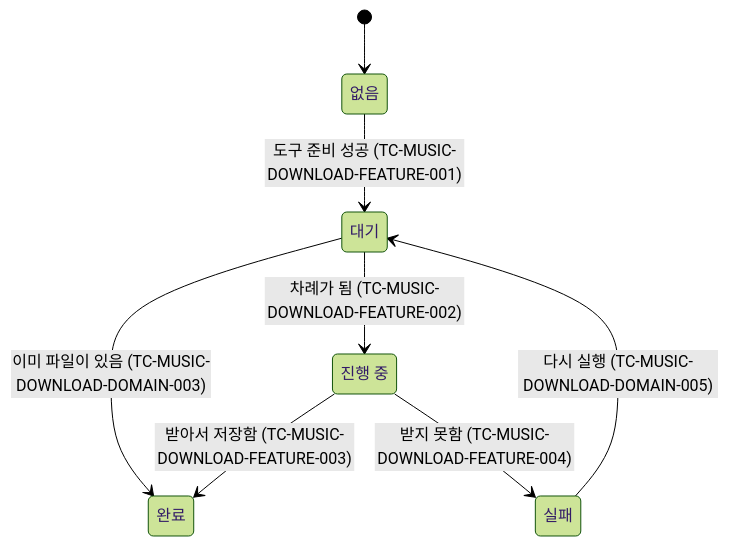
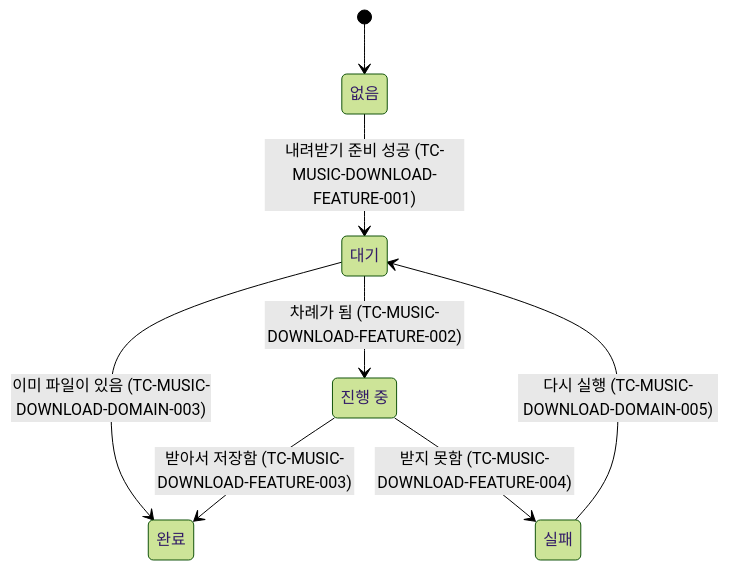
The diagram in docs/testcase/music-download.md (taetae98coding/DiaryKMP), drawn with Mermaid (forest theme) before and after one commit. The commit also changed other lines of this file and 15 other files, not shown here.

````diff
--- a/docs/testcase/music-download.md
+++ b/docs/testcase/music-download.md
@@ -11,16 +11,16 @@
 ```mermaid
 stateDiagram-v2
     None: 없음
     Pending: 대기
     Running: 진행 중
     Done: 완료
     Failed: 실패
 
     [*] --> None
-    None --> Pending: 도구 준비 성공 (TC-MUSIC-DOWNLOAD-FEATURE-001)
+    None --> Pending: 내려받기 준비 성공 (TC-MUSIC-DOWNLOAD-FEATURE-001)
     Pending --> Running: 차례가 됨 (TC-MUSIC-DOWNLOAD-FEATURE-002)
     Pending --> Done: 이미 파일이 있음 (TC-MUSIC-DOWNLOAD-DOMAIN-003)
     Running --> Done: 받아서 저장함 (TC-MUSIC-DOWNLOAD-FEATURE-003)
     Running --> Failed: 받지 못함 (TC-MUSIC-DOWNLOAD-FEATURE-004)
     Failed --> Pending: 다시 실행 (TC-MUSIC-DOWNLOAD-DOMAIN-005)
 ```
````
